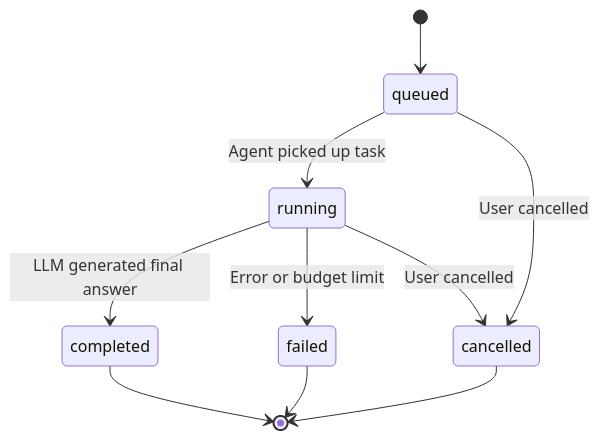
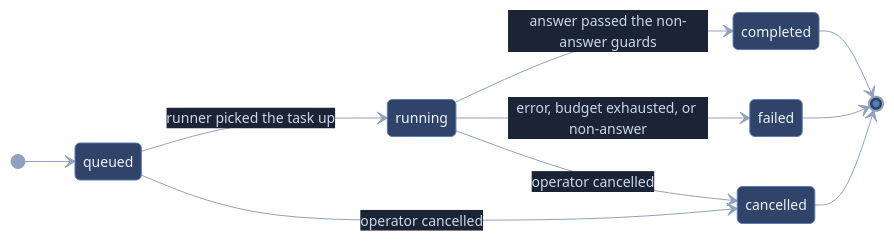
The second of 3 diagrams in docs/AGENTS.md (Bishwajit-2810/Defense), drawn with Mermaid before and after one commit. The commit also changed other lines of this file and 14 other files, not shown here.

Commit message:
marmaid data diagram

````diff
--- a/docs/AGENTS.md
+++ b/docs/AGENTS.md
@@ -155,12 +160,14 @@
 ```mermaid
+%%{init: {'theme':'base','themeVariables':{'fontFamily':'ui-sans-serif, system-ui, -apple-system, Roboto, Helvetica, Arial, sans-serif','fontSize':'14px','primaryColor':'#2f4468','primaryTextColor':'#eef2f8','primaryBorderColor':'#5b7bb5','lineColor':'#8fa1bd','textColor':'#eef2f8','labelColor':'#eef2f8','transitionColor':'#8fa1bd','transitionLabelColor':'#c9d6ea','stateBkg':'#2f4468','stateBorder':'#5b7bb5','altBackground':'#161e2e','stateLabelColor':'#eef2f8','nodeTextColor':'#eef2f8','mainBkg':'#2f4468','nodeBorder':'#5b7bb5','compositeBackground':'#161e2e','compositeBorder':'#3f5573','compositeTitleBackground':'#1b2434','specialStateColor':'#8fa1bd','innerEndBackground':'#8fa1bd','edgeLabelBackground':'#1b2434','background':'transparent'}, 'state':{'useMaxWidth':true}}}%%
 stateDiagram-v2
+    direction LR
     [*] --> queued
-    queued --> running: Agent picked up task
-    running --> completed: LLM generated final answer
-    running --> failed: Error or budget limit
-    queued --> cancelled: User cancelled
-    running --> cancelled: User cancelled
+    queued --> running: runner picked the task up
+    running --> completed: answer passed the non-answer guards
+    running --> failed: error, budget exhausted, or non-answer
+    queued --> cancelled: operator cancelled
+    running --> cancelled: operator cancelled
     completed --> [*]
     failed --> [*]
     cancelled --> [*]
 ```
````
